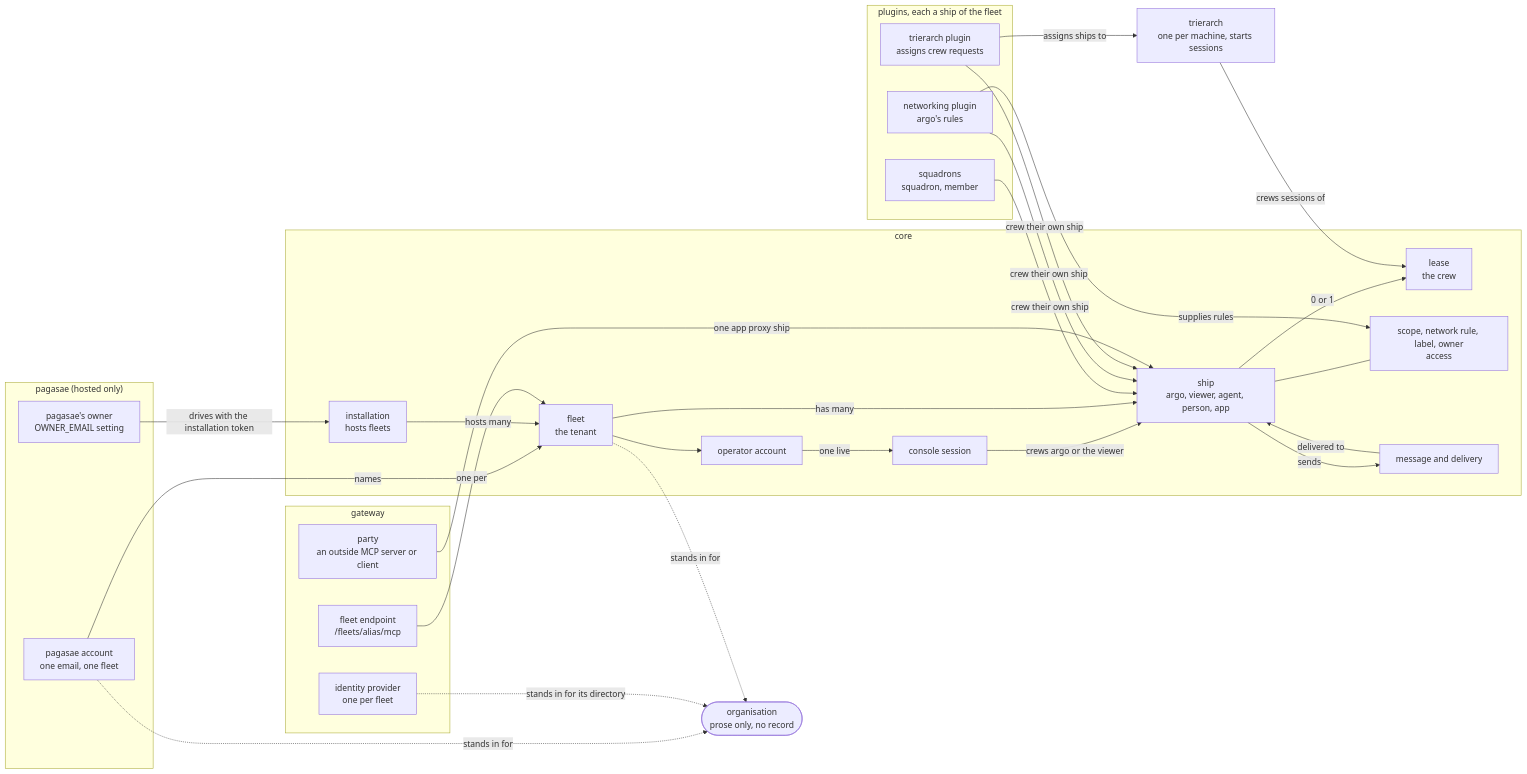
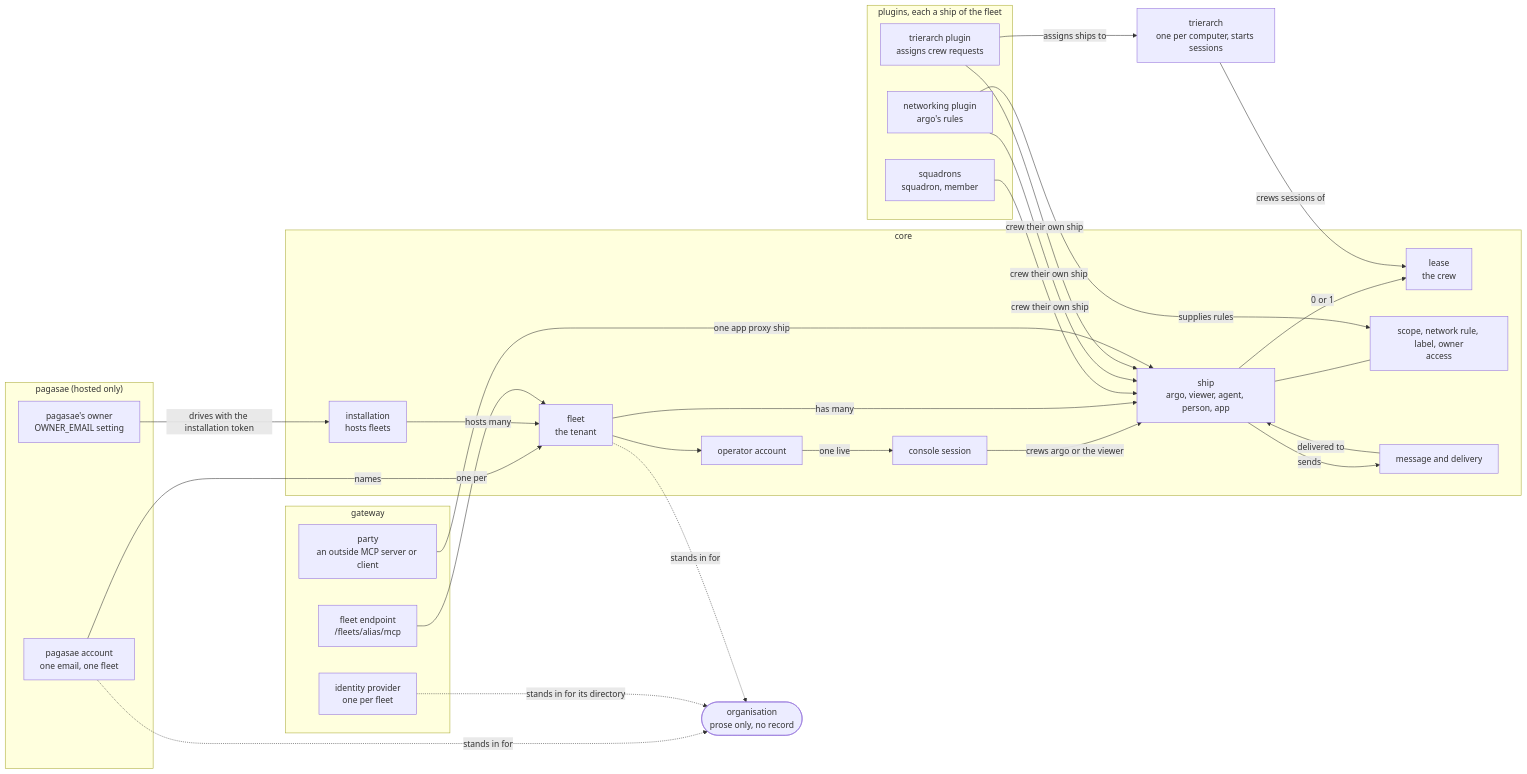
Before and after one commit to ThomasHendrickx/aeolus-fleet: the first of 11 diagrams in docs/design/accounts/domain-model.md, drawn with Mermaid. The commit also changed other lines of this file and 1 other file, not shown here.

````diff
--- a/docs/design/accounts/domain-model.md
+++ b/docs/design/accounts/domain-model.md
@@ -42,50 +42,50 @@
 ```mermaid
 flowchart LR
   subgraph PAG["pagasae (hosted only)"]
     PA["pagasae account<br/>one email, one fleet"]
     PO["pagasae's owner<br/>OWNER_EMAIL setting"]
   end
   ORG(["organisation<br/>prose only, no record"])
   subgraph CORE["core"]
     INST["installation<br/>hosts fleets"]
     FLEET["fleet<br/>the tenant"]
     OPA["operator account"]
     CS["console session"]
     SHIP["ship<br/>argo, viewer, agent, person, app"]
     LEASE["lease<br/>the crew"]
     ACC["scope, network rule, label, owner<br/>access"]
     MSG["message and delivery"]
   end
   subgraph PLUG["plugins, each a ship of the fleet"]
     SQ["squadrons<br/>squadron, member"]
     NP["networking plugin<br/>argo's rules"]
     TP["trierarch plugin<br/>assigns crew requests"]
   end
-  TRI["trierarch<br/>one per machine, starts sessions"]
+  TRI["trierarch<br/>one per computer, starts sessions"]
   subgraph GW["gateway"]
     PARTY["party<br/>an outside MCP server or client"]
     IDP["identity provider<br/>one per fleet"]
     EP["fleet endpoint<br/>/fleets/alias/mcp"]
   end
 
   PO -->|drives with the installation token| INST
   PA -->|names| FLEET
   PA -.->|stands in for| ORG
   FLEET -.->|stands in for| ORG
   INST -->|hosts many| FLEET
   FLEET --> OPA
   OPA -->|one live| CS
   CS -->|crews argo or the viewer| SHIP
   FLEET -->|has many| SHIP
   SHIP -->|0 or 1| LEASE
   SHIP --- ACC
   SHIP -->|sends| MSG
   MSG -->|delivered to| SHIP
   SQ & NP & TP -->|crew their own ship| SHIP
   NP -->|supplies rules| ACC
   TRI -->|crews sessions of| LEASE
   TP -->|assigns ships to| TRI
   PARTY -->|one app proxy ship| SHIP
   IDP -.->|stands in for its directory| ORG
   EP -->|one per| FLEET
 ```
````
